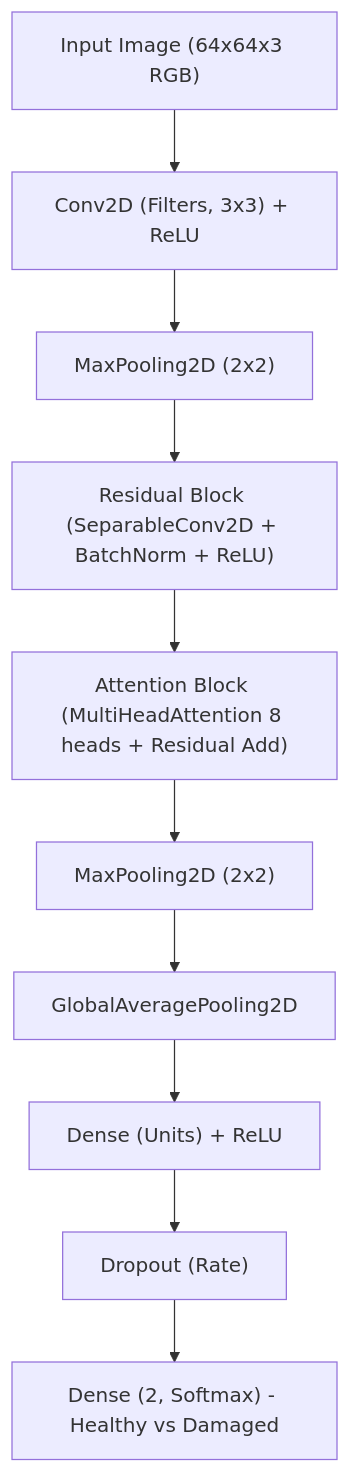
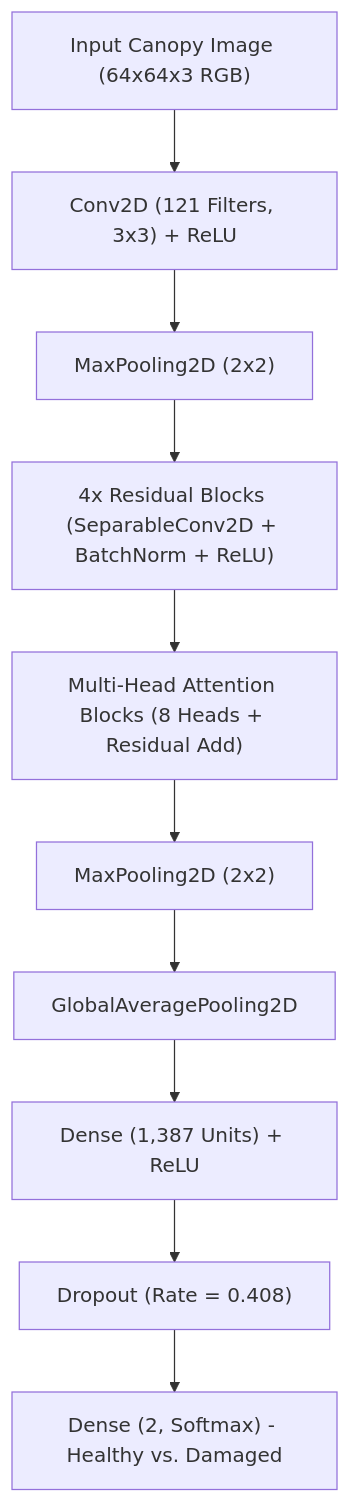
Before and after one commit to Thanosnik9/Thesis-Repo: the diagram in README.md, drawn with Mermaid. The commit also changed other lines of this file and 4 other files, not shown here.

````diff
--- a/README.md
+++ b/README.md
@@ -116,12 +120,12 @@
 ```mermaid
 flowchart TD
-    In["Input Image (64x64x3 RGB)"] --> C1["Conv2D (Filters, 3x3) + ReLU"]
+    In["Input Canopy Image (64x64x3 RGB)"] --> C1["Conv2D (121 Filters, 3x3) + ReLU"]
     C1 --> P1["MaxPooling2D (2x2)"]
-    P1 --> RB["Residual Block (SeparableConv2D + BatchNorm + ReLU)"]
-    RB --> AB["Attention Block (MultiHeadAttention 8 heads + Residual Add)"]
+    P1 --> RB["4x Residual Blocks (SeparableConv2D + BatchNorm + ReLU)"]
+    RB --> AB["Multi-Head Attention Blocks (8 Heads + Residual Add)"]
     AB --> P2["MaxPooling2D (2x2)"]
     P2 --> GAP["GlobalAveragePooling2D"]
-    GAP --> D1["Dense (Units) + ReLU"]
-    D1 --> Drop["Dropout (Rate)"]
-    Drop --> Out["Dense (2, Softmax) - Healthy vs Damaged"]
+    GAP --> D1["Dense (1,387 Units) + ReLU"]
+    D1 --> Drop["Dropout (Rate = 0.408)"]
+    Drop --> Out["Dense (2, Softmax) - Healthy vs. Damaged"]
 ```
````
